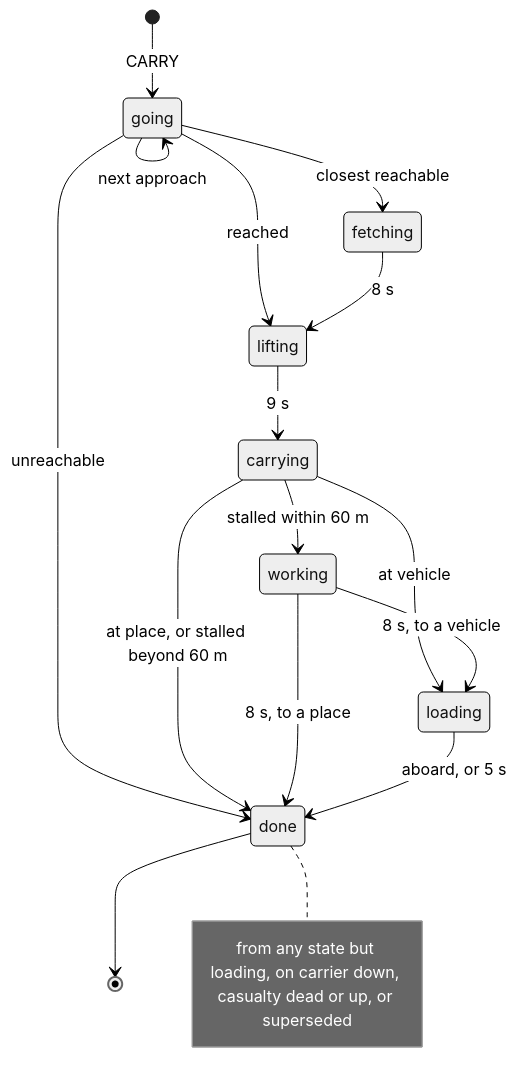
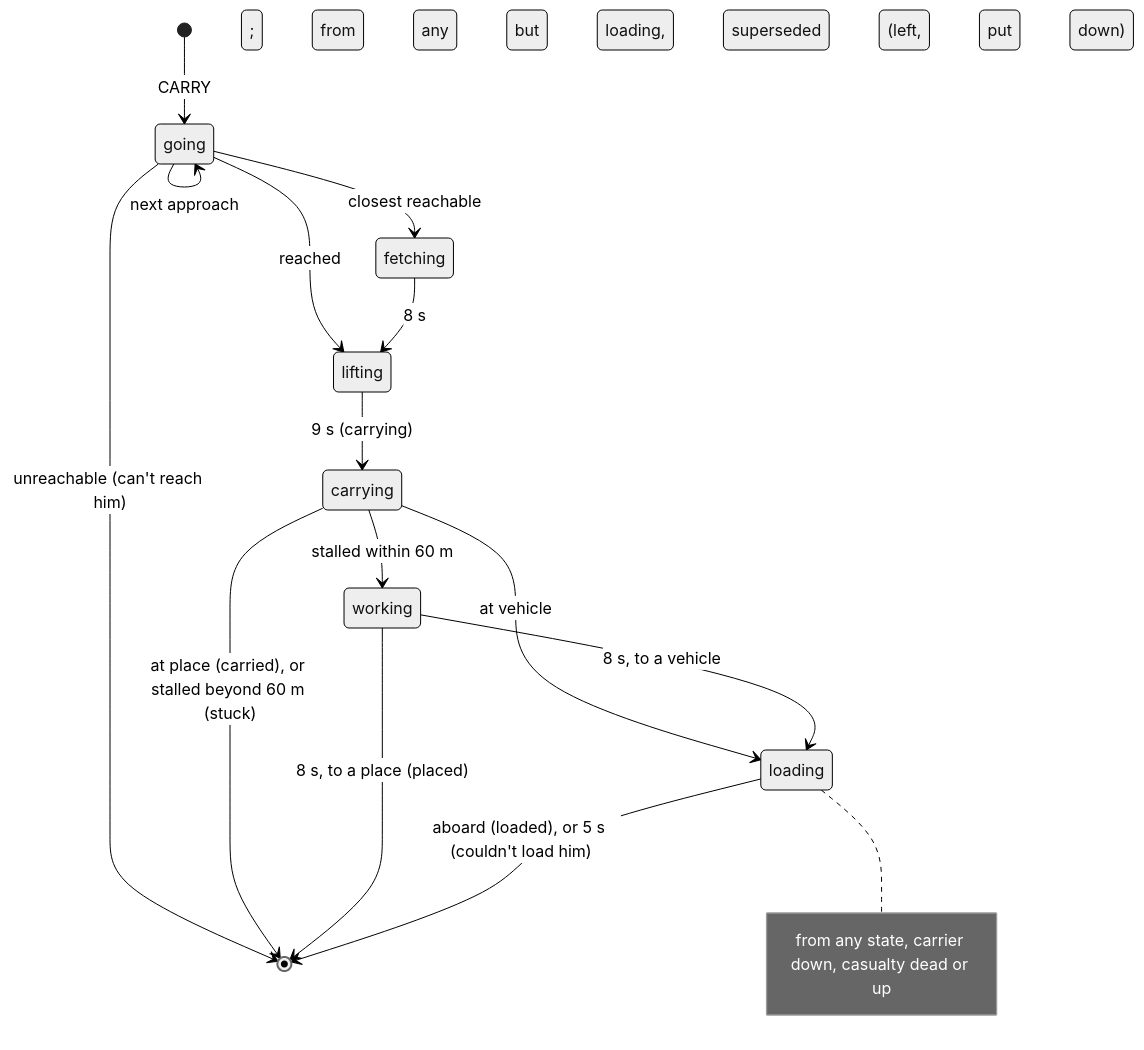
Before and after one commit to Neefay/arma3-llm-harness: the fourth of 25 diagrams in docs/COMMANDER_MODEL.md, drawn with Mermaid (neutral theme). The commit also changed other lines of this file and 1 other file, not shown here.

Commit message:
Machines: CARRY on the declared runner, the last of the game side's stepped machines
brmh_cmd_carryMachine, stepped every half second as before: going, fetching,
lifting, carrying, working, loading. Its endings are the radio's words with
the casualty as their subject: carried, placed, loaded, loaded directly,
couldn't load him, stuck, can't reach him, medic down, he died, he woke,
and left or put down when called off. However it ends, its release lets the
man go and frees the bearer. The approach's side effect is out of its guard,
as with treat. carryFinish and carryDeliver are gone.

The model doc says which machines are declared, and why custody and busy
(flags a carry or treat sets on a man) and battle (the host's) aren't.

Live: casevac plan (to a vehicle, loaded; to an aid post), casevac chained,
and casevac village (long carries among buildings).

````diff
--- a/docs/COMMANDER_MODEL.md
+++ b/docs/COMMANDER_MODEL.md
@@ -302,25 +307,23 @@
 ```mermaid
 stateDiagram-v2
   state "going" as going
   state "fetching" as fetching
   state "lifting" as lifting
   state "carrying" as carrying
   state "working" as working
   state "loading" as loading
-  state "done" as done
   [*] --> going: CARRY
   going --> going: next approach
   going --> lifting: reached
   going --> fetching: closest reachable
-  going --> done: unreachable
+  going --> [*]: unreachable (can't reach him)
   fetching --> lifting: 8 s
-  lifting --> carrying: 9 s
+  lifting --> carrying: 9 s (carrying)
   carrying --> loading: at vehicle
   carrying --> working: stalled within 60 m
-  carrying --> done: at place, or stalled beyond 60 m
+  carrying --> [*]: at place (carried), or stalled beyond 60 m (stuck)
   working --> loading: 8 s, to a vehicle
-  working --> done: 8 s, to a place
-  loading --> done: aboard, or 5 s
-  done --> [*]
-  note right of done: from any state but loading, on carrier down, casualty dead or up, or superseded
+  working --> [*]: 8 s, to a place (placed)
+  loading --> [*]: aboard (loaded), or 5 s (couldn't load him)
+  note right of loading: from any state, carrier down, casualty dead or up; from any but loading, superseded (left, put down)
 ```
````
